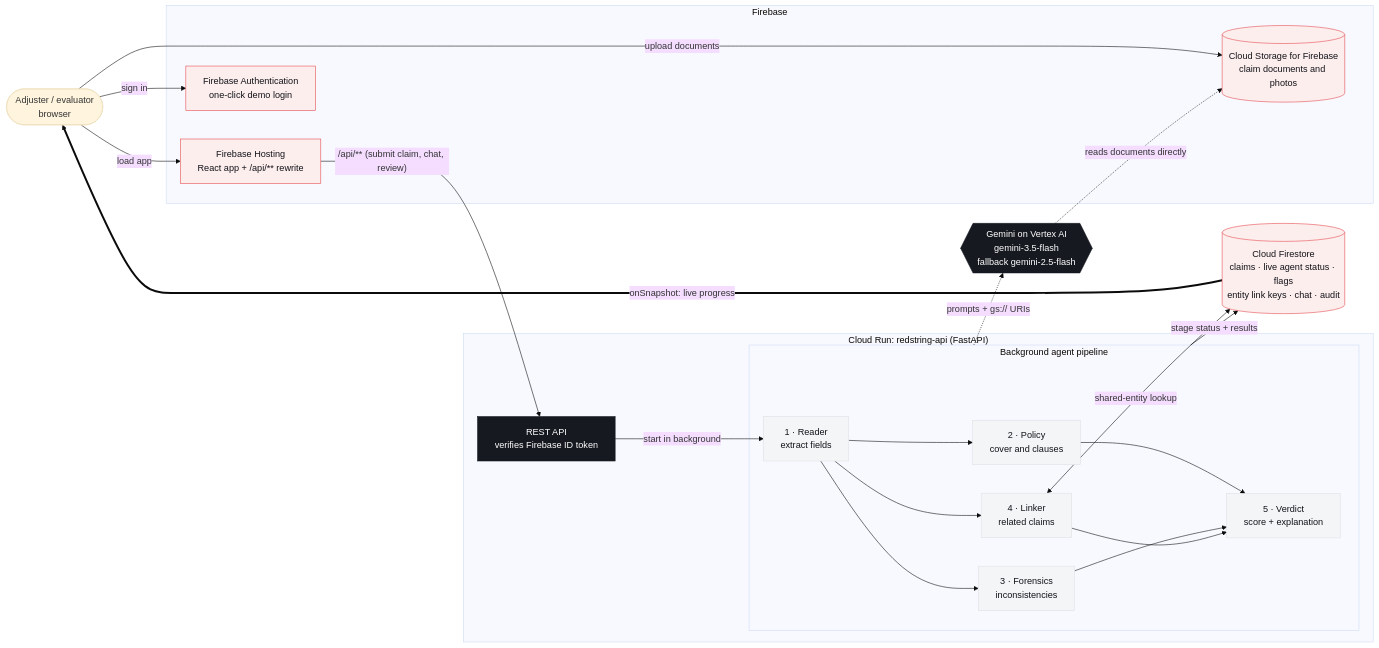
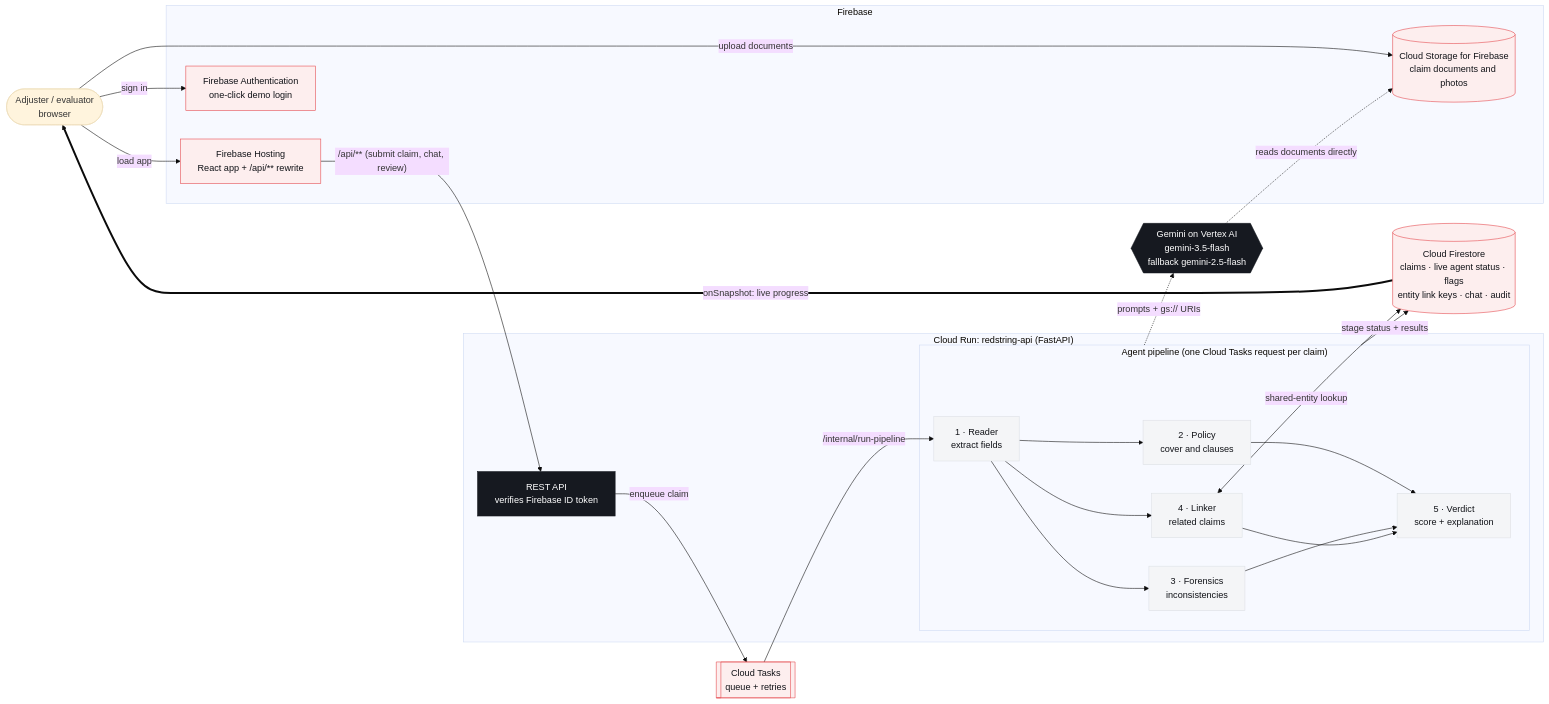
The diagram in docs/architecture.mmd (dipan010/redstring), drawn with Mermaid (base theme) before and after one commit. The commit also changed 21 other files, not shown here.

Commit message:
Queue the agent pipeline with Cloud Tasks; scale Cloud Run to zero with request-based CPU (512 MiB)

```diff
--- a/docs/architecture.mmd
+++ b/docs/architecture.mmd
@@ -1,42 +1,44 @@
 flowchart LR
     U(["Adjuster / evaluator<br/>browser"])
 
     subgraph FB["Firebase"]
         H["Firebase Hosting<br/>React app + /api/** rewrite"]
         A["Firebase Authentication<br/>one-click demo login"]
         S[("Cloud Storage for Firebase<br/>claim documents and photos")]
     end
 
     subgraph CR["Cloud Run: redstring-api (FastAPI)"]
         API["REST API<br/>verifies Firebase ID token"]
-        subgraph P["Background agent pipeline"]
+        subgraph P["Agent pipeline (one Cloud Tasks request per claim)"]
             R["1 · Reader<br/>extract fields"]
             PO["2 · Policy<br/>cover and clauses"]
             FO["3 · Forensics<br/>inconsistencies"]
             L["4 · Linker<br/>related claims"]
             V["5 · Verdict<br/>score + explanation"]
         end
     end
 
     G{{"Gemini on Vertex AI<br/>gemini-3.5-flash<br/>fallback gemini-2.5-flash"}}
     F[("Cloud Firestore<br/>claims · live agent status · flags<br/>entity link keys · chat · audit")]
 
     U -->|sign in| A
     U -->|load app| H
     U -->|upload documents| S
     H -->|"/api/** (submit claim, chat, review)"| API
-    API -->|start in background| R
+    API -->|enqueue claim| Q[["Cloud Tasks<br/>queue + retries"]]
+    Q -->|"/internal/run-pipeline"| R
     R --> PO & FO & L
     PO & FO & L --> V
     P -.->|"prompts + gs:// URIs"| G
     G -.->|reads documents directly| S
     L <-->|shared-entity lookup| F
     P -->|stage status + results| F
     F ==>|"onSnapshot: live progress"| U
 
     classDef google fill:#fdeeee,stroke:#e5484d,color:#111318
     classDef dark fill:#161920,stroke:#161920,color:#ffffff
     classDef agent fill:#f4f5f7,stroke:#dde0e5,color:#111318
     class H,A,S,F google
     class G,API dark
+    class Q google
     class R,PO,FO,L,V agent
```
